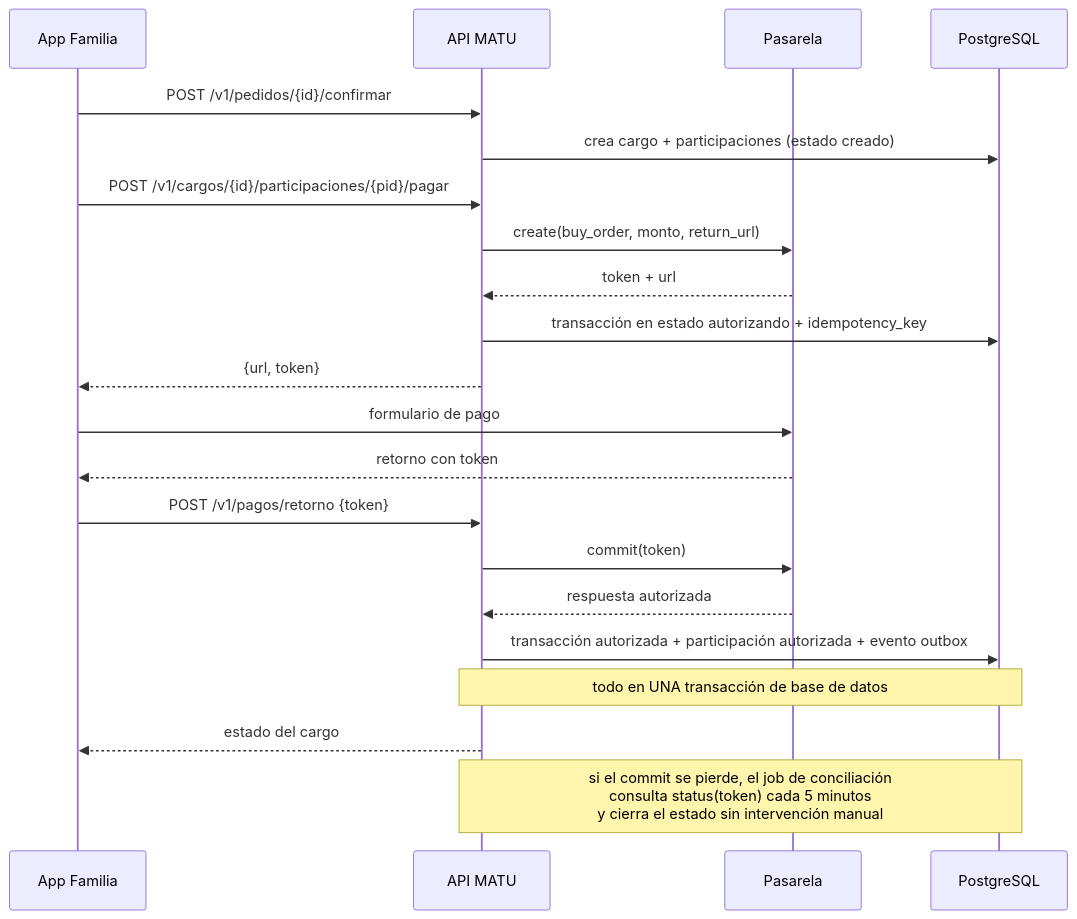
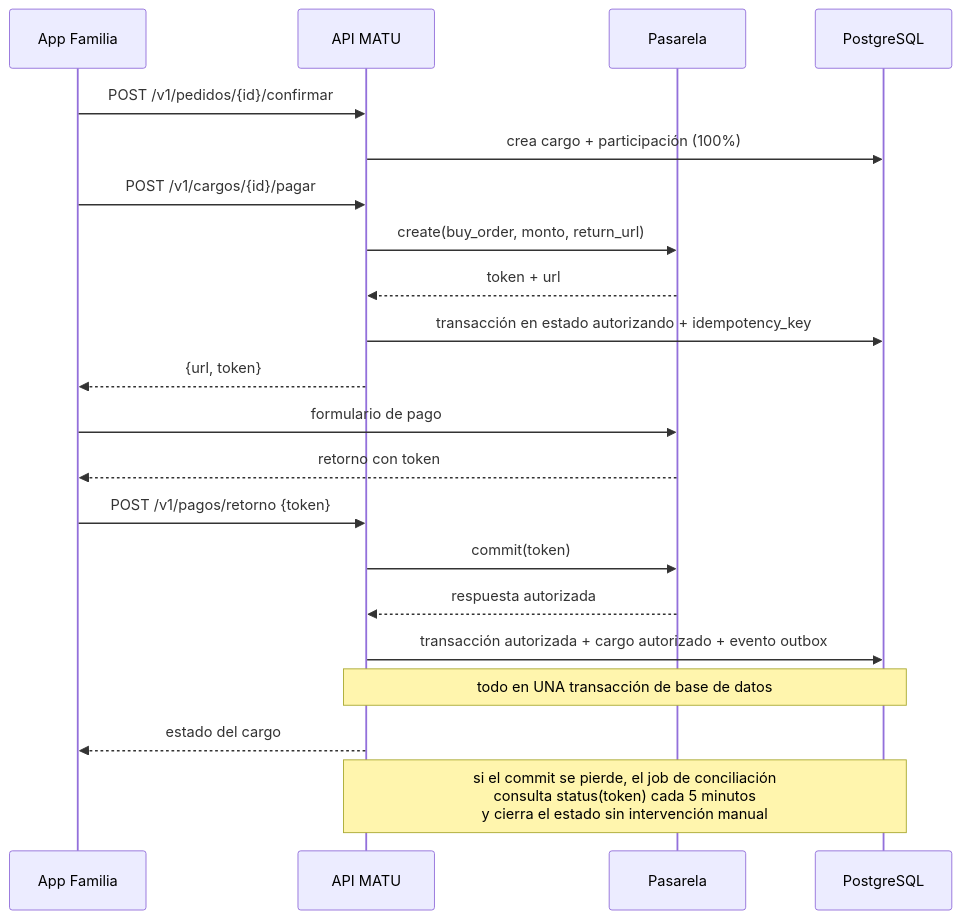
The seventh of 11 diagrams in Docs/arquitectura.md (MartinHenriquez131/MATU), drawn with Mermaid before and after one commit. The commit also changed other lines of this file, not shown here.

````diff
--- a/Docs/arquitectura.md
+++ b/Docs/arquitectura.md
@@ -828,24 +787,24 @@
 ```mermaid
 sequenceDiagram
     participant A as App Familia
     participant API as API MATU
     participant TB as Pasarela
     participant DB as PostgreSQL
 
     A->>API: POST /v1/pedidos/{id}/confirmar
-    API->>DB: crea cargo + participaciones (estado creado)
-    A->>API: POST /v1/cargos/{id}/participaciones/{pid}/pagar
+    API->>DB: crea cargo + participación (100%)
+    A->>API: POST /v1/cargos/{id}/pagar
     API->>TB: create(buy_order, monto, return_url)
     TB-->>API: token + url
     API->>DB: transacción en estado autorizando + idempotency_key
     API-->>A: {url, token}
     A->>TB: formulario de pago
     TB-->>A: retorno con token
     A->>API: POST /v1/pagos/retorno {token}
     API->>TB: commit(token)
     TB-->>API: respuesta autorizada
-    API->>DB: transacción autorizada + participación autorizada + evento outbox
+    API->>DB: transacción autorizada + cargo autorizado + evento outbox
     Note over API,DB: todo en UNA transacción de base de datos
     API-->>A: estado del cargo
     Note over API,DB: si el commit se pierde, el job de conciliación<br/>consulta status(token) cada 5 minutos<br/>y cierra el estado sin intervención manual
 ```
````
